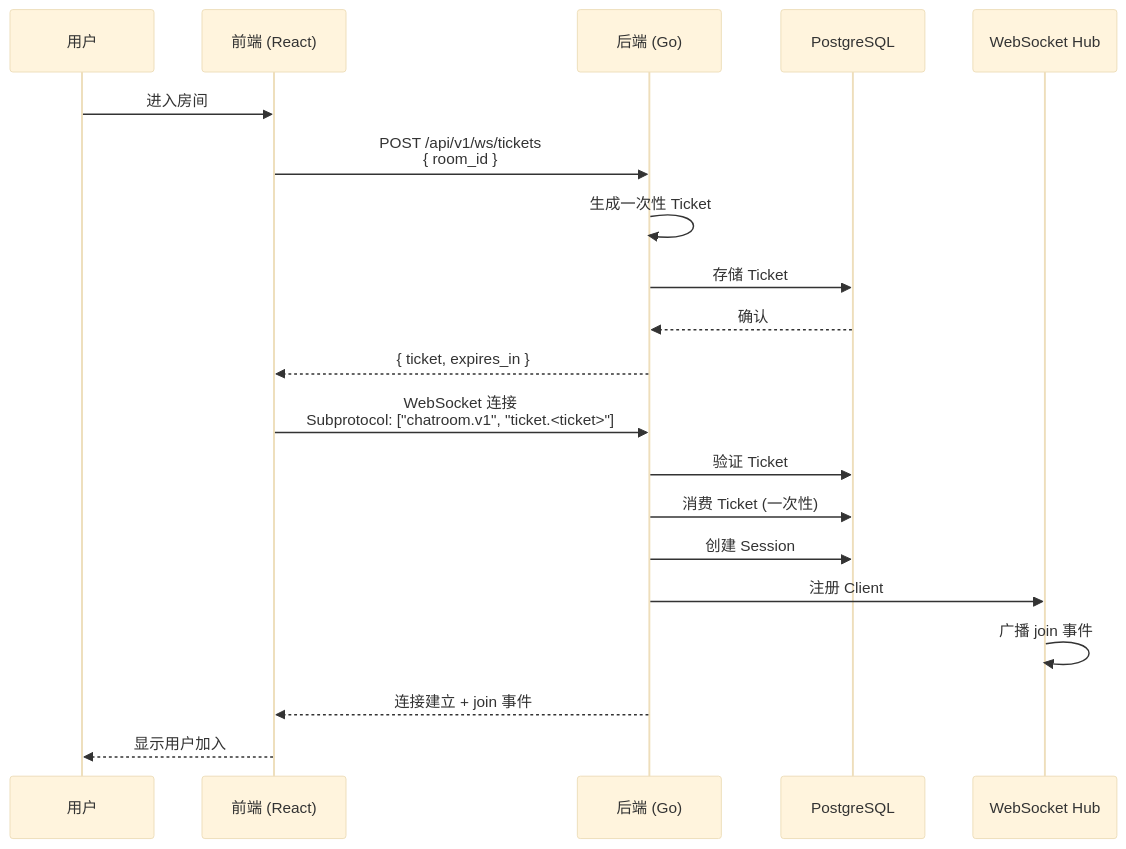
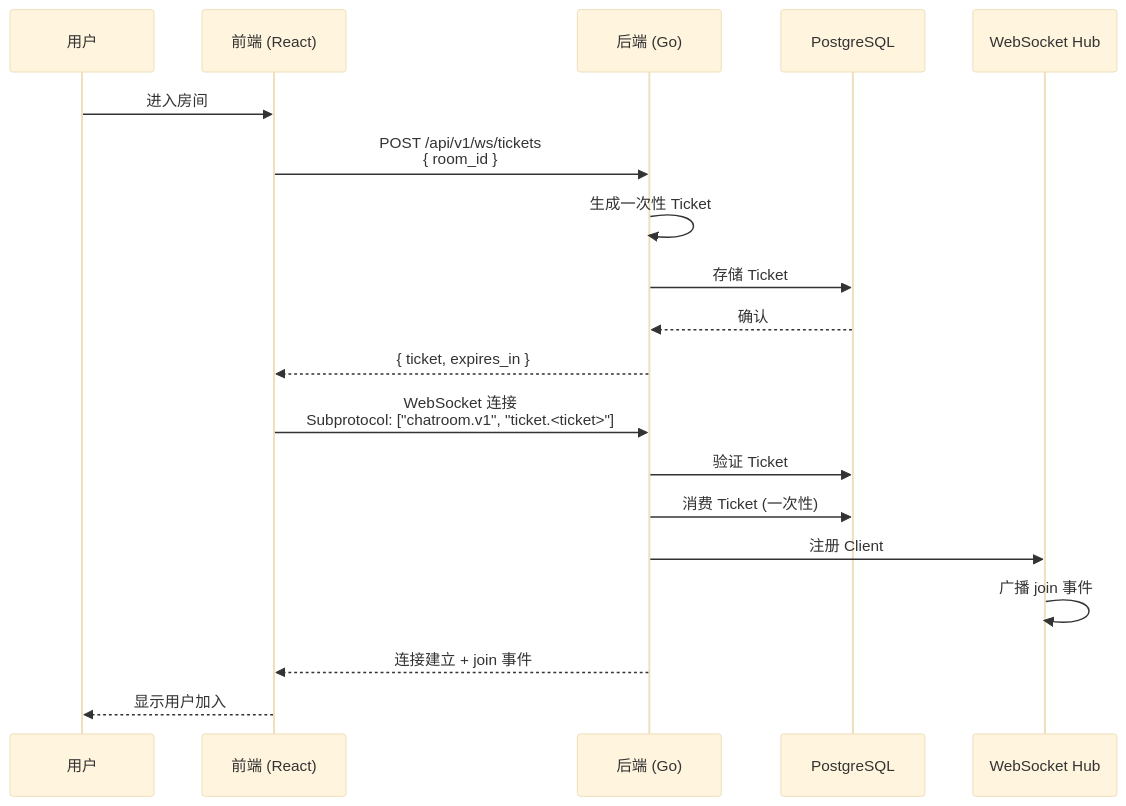
The third of 5 diagrams in docs/architecture/data-flow.md (build-workbench/chatroom), drawn with Mermaid (base theme) before and after one commit. The commit also changed other lines of this file and 25 other files, not shown here.

````diff
--- a/docs/architecture/data-flow.md
+++ b/docs/architecture/data-flow.md
@@ -56,24 +56,23 @@
 ```mermaid
 sequenceDiagram
     participant User as 用户
     participant FE as 前端 (React)
     participant BE as 后端 (Go)
     participant DB as PostgreSQL
     participant Hub as WebSocket Hub
 
     User->>FE: 进入房间
     FE->>BE: POST /api/v1/ws/tickets<br/>{ room_id }
     BE->>BE: 生成一次性 Ticket
     BE->>DB: 存储 Ticket
     DB-->>BE: 确认
     BE-->>FE: { ticket, expires_in }
 
     FE->>BE: WebSocket 连接<br/>Subprotocol: ["chatroom.v1", "ticket.<ticket>"]
     BE->>DB: 验证 Ticket
     BE->>DB: 消费 Ticket (一次性)
-    BE->>DB: 创建 Session
     BE->>Hub: 注册 Client
     Hub->>Hub: 广播 join 事件
     BE-->>FE: 连接建立 + join 事件
     FE-->>User: 显示用户加入
 ```
````
